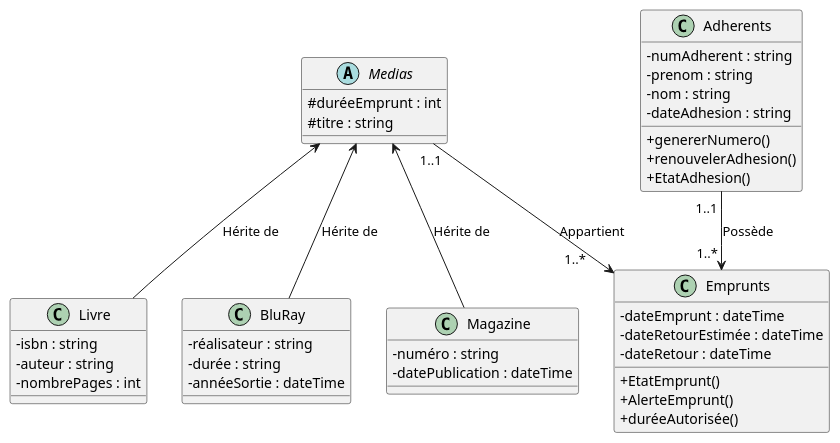
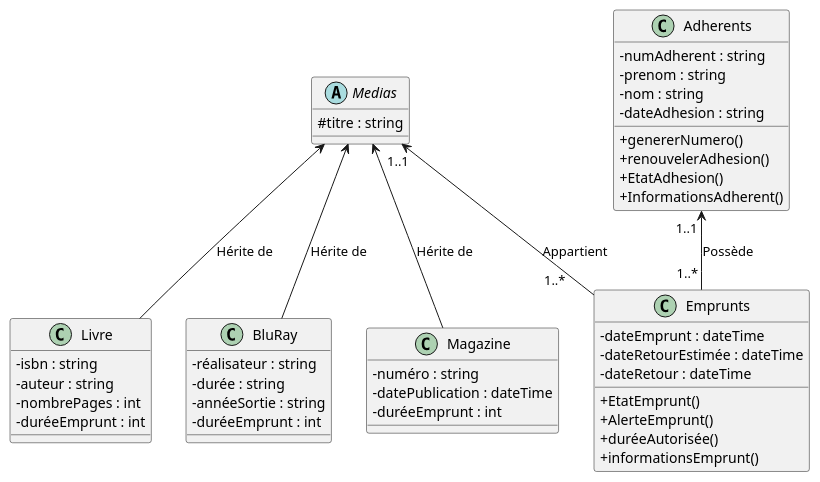
One commit to alexandregascon/php-bibliotheque changed the diagram in documentation/diagrammeDeClasse.puml. Above: the diagram before and after it, drawn with PlantUML. The commit also changed 10 other files, not shown here.

```diff
--- a/documentation/diagrammeDeClasse.puml
+++ b/documentation/diagrammeDeClasse.puml
@@ -1,52 +1,56 @@
 @startuml
 
 skinparam classAttributeIconSize 0
 
 abstract class Medias{
-    #duréeEmprunt : int
     #titre : string
 }
 
 class Livre{
     -isbn : string
     -auteur : string
     -nombrePages : int
+    -duréeEmprunt : int
 }
 
 class BluRay{
     -réalisateur : string
     -durée : string
-    -annéeSortie : dateTime
+    -annéeSortie : string
+    -duréeEmprunt : int
 }
 
 class Magazine{
     -numéro : string
     -datePublication : dateTime
+    -duréeEmprunt : int
 }
 
 class Adherents{
     -numAdherent : string
     -prenom : string
     -nom : string
     -dateAdhesion : string
     +genererNumero()
     +renouvelerAdhesion()
     +EtatAdhesion()
+    +InformationsAdherent()
 }
 
 class Emprunts{
     -dateEmprunt : dateTime
     -dateRetourEstimée : dateTime
     -dateRetour : dateTime
     +EtatEmprunt()
     +AlerteEmprunt()
     +duréeAutorisée()
+    +informationsEmprunt()
 }
 
 Medias <-- Livre : "Hérite de"
 Medias <-- BluRay : "Hérite de"
 Medias <-- Magazine : "Hérite de"
-Medias "1..1"--> "1..*      " Emprunts : "Appartient"
-Adherents "1..1 " --> "1..* " Emprunts : "Possède"
+Medias "1..1"<-- "1..*      " Emprunts : "Appartient"
+Adherents "1..1 " <-- "1..* " Emprunts : "Possède"
 
 @enduml
```
